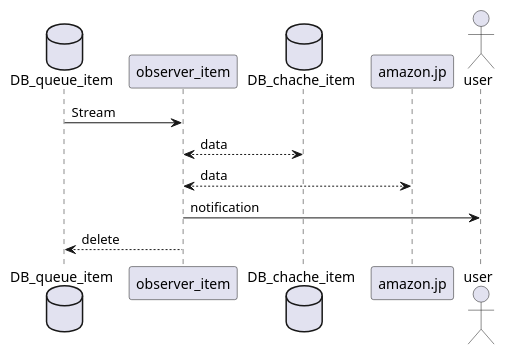
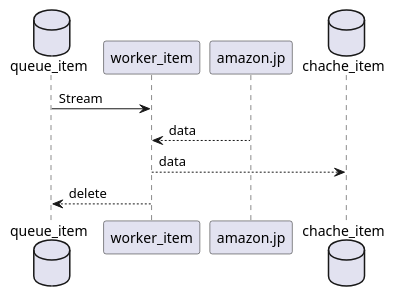
The fourth of 4 diagrams in docs/design.md (homura10059/find_sale_in_wishlist), drawn with PlantUML before and after one commit. The commit also changed other lines of this file, not shown here.

Commit message:
:recycle: change data model

````diff
--- a/docs/design.md
+++ b/docs/design.md
@@ -124,16 +119,13 @@
 ```puml
 @startuml
 
-database DB_queue_item
-DB_queue_item -> observer_item: Stream
+database queue_item
+queue_item -> worker_item: Stream
+worker_item <-- amazon.jp: data
 
-database DB_chache_item
-observer_item <--> DB_chache_item: data
-observer_item <--> amazon.jp: data
+database chache_item
+worker_item --> chache_item: data
 
-actor user
-observer_item -> user: notification
-
-observer_item --> DB_queue_item: delete
+worker_item --> queue_item: delete
 @enduml
 ```
````
